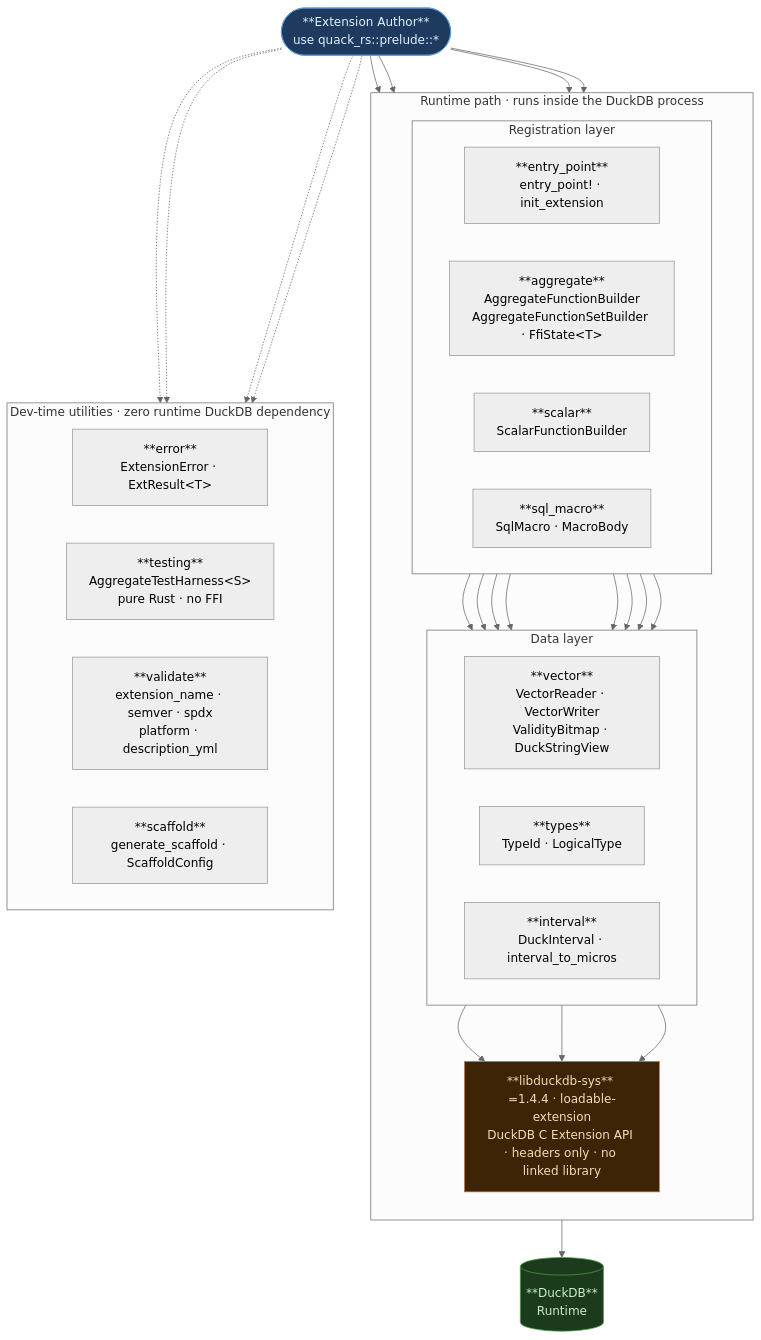
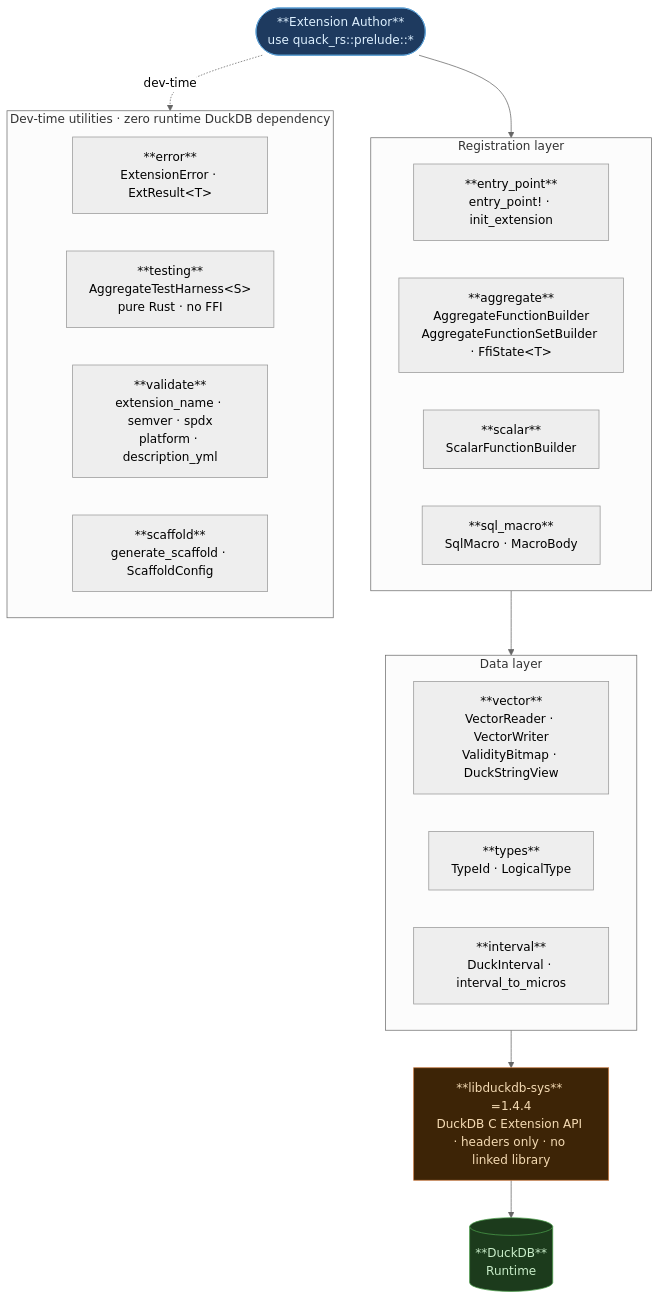
Before and after one commit to tomtom215/quack-rs: the diagram in README.md, drawn with Mermaid (neutral theme).

Commit message:
docs: simplify architecture diagram to a clean linear stack
The previous design nested RUNTIME > REG > DATA three levels deep,
which caused Mermaid's layout engine to produce a wide, hard-to-read
subgraph that competed visually with the DEV box.

New approach: flat subgraphs connected as single units via their IDs.

  Author → [Registration layer] → [Data layer] → libduckdb-sys → DuckDB
    └──(dashed · dev-time)──→ [Dev-time utilities]

Each subgraph is a single connection point: one arrow in, one arrow out.
This gives Mermaid a simple chain to lay out top-to-bottom, with the
Dev-time utilities placed to the side of the registration layer.

The story reads left-to-right at a glance:
- Solid arrows = runtime path (runs inside DuckDB)
- One dashed arrow = dev-time tools (no DuckDB needed)

https://claude.ai/code/session_013AxxARgghYb4AWBeYBSFZs

````diff
--- a/README.md
+++ b/README.md
@@ -483,48 +483,41 @@
 ```mermaid
 flowchart TB
     Author(["**Extension Author**<br/>use quack_rs::prelude::*"]):::author
 
-    subgraph RUNTIME ["Runtime path · runs inside the DuckDB process"]
-        direction TB
+    subgraph REG ["Registration layer"]
+        direction LR
+        EP["**entry_point**<br/>entry_point! · init_extension"]
+        AGG["**aggregate**<br/>AggregateFunctionBuilder<br/>AggregateFunctionSetBuilder · FfiState&lt;T&gt;"]
+        SCL["**scalar**<br/>ScalarFunctionBuilder"]
+        SM["**sql_macro**<br/>SqlMacro · MacroBody"]
+    end
 
-        subgraph REG ["Registration layer"]
-            direction LR
-            EP["**entry_point**<br/>entry_point! · init_extension"]
-            AGG["**aggregate**<br/>AggregateFunctionBuilder<br/>AggregateFunctionSetBuilder · FfiState&lt;T&gt;"]
-            SCL["**scalar**<br/>ScalarFunctionBuilder"]
-            SM["**sql_macro**<br/>SqlMacro · MacroBody"]
-        end
+    subgraph DATA ["Data layer"]
+        direction LR
+        VEC["**vector**<br/>VectorReader · VectorWriter<br/>ValidityBitmap · DuckStringView"]
+        TYP["**types**<br/>TypeId · LogicalType"]
+        INT["**interval**<br/>DuckInterval · interval_to_micros"]
+    end
 
-        subgraph DATA ["Data layer"]
-            direction LR
-            VEC["**vector**<br/>VectorReader · VectorWriter<br/>ValidityBitmap · DuckStringView"]
-            TYP["**types**<br/>TypeId · LogicalType"]
-            INT["**interval**<br/>DuckInterval · interval_to_micros"]
-        end
-
-        SYS["**libduckdb-sys** =1.4.4 · loadable-extension<br/>DuckDB C Extension API · headers only · no linked library"]:::ffi
-    end
+    SYS["**libduckdb-sys** =1.4.4<br/>DuckDB C Extension API · headers only · no linked library"]:::ffi
 
     RT[("**DuckDB**<br/>Runtime")]:::duckdb
 
     subgraph DEV ["Dev-time utilities · zero runtime DuckDB dependency"]
         direction LR
         ERR["**error**<br/>ExtensionError · ExtResult&lt;T&gt;"]
         TST["**testing**<br/>AggregateTestHarness&lt;S&gt;<br/>pure Rust · no FFI"]
         VAL["**validate**<br/>extension_name · semver · spdx<br/>platform · description_yml"]
         SCF["**scaffold**<br/>generate_scaffold · ScaffoldConfig"]
     end
 
-    Author --> EP & AGG & SCL & SM
-    EP  --> VEC & TYP
-    AGG --> VEC & TYP & INT
-    SCL --> VEC & TYP
-    SM  --> TYP
-    VEC & TYP & INT --> SYS
-    SYS --> RT
-    Author -.-> ERR & TST & VAL & SCF
+    Author --> REG
+    REG    --> DATA
+    DATA   --> SYS
+    SYS    --> RT
+    Author -.->|"dev-time"| DEV
 
     classDef author fill:#1e3a5f,stroke:#5a9fd4,color:#ddf0ff
     classDef ffi fill:#3d2406,stroke:#c87941,color:#f5dbb4
     classDef duckdb fill:#1c3b1c,stroke:#4a9e4a,color:#c8ecc8
 ```
````
